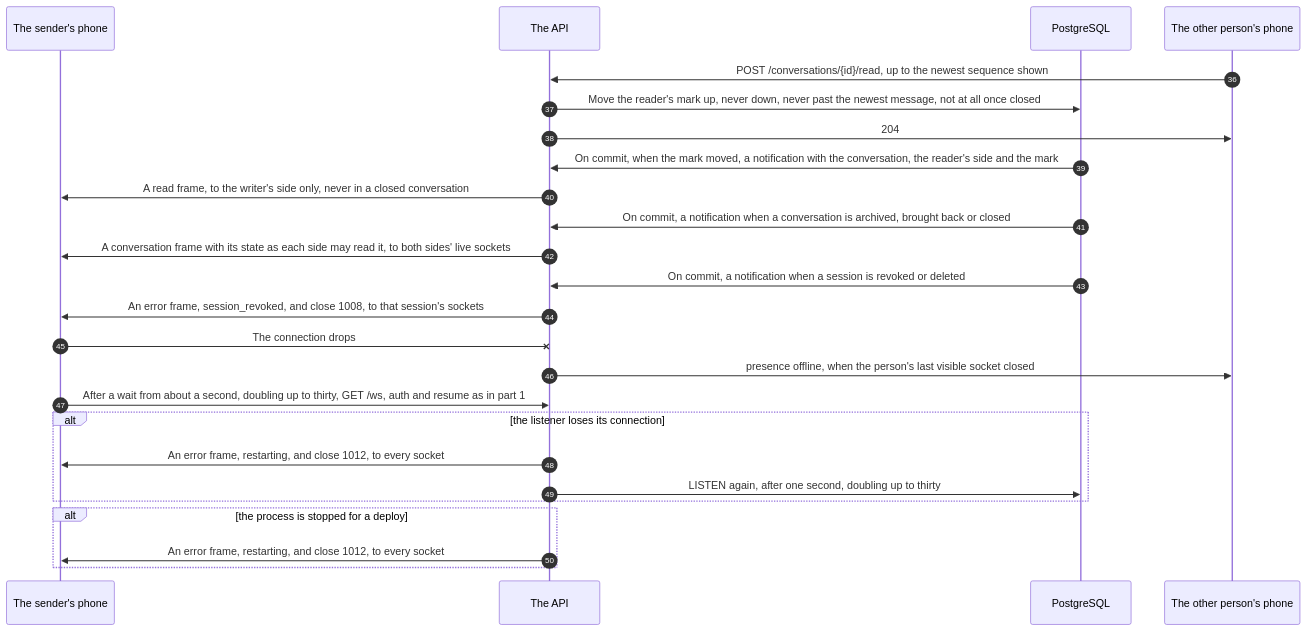
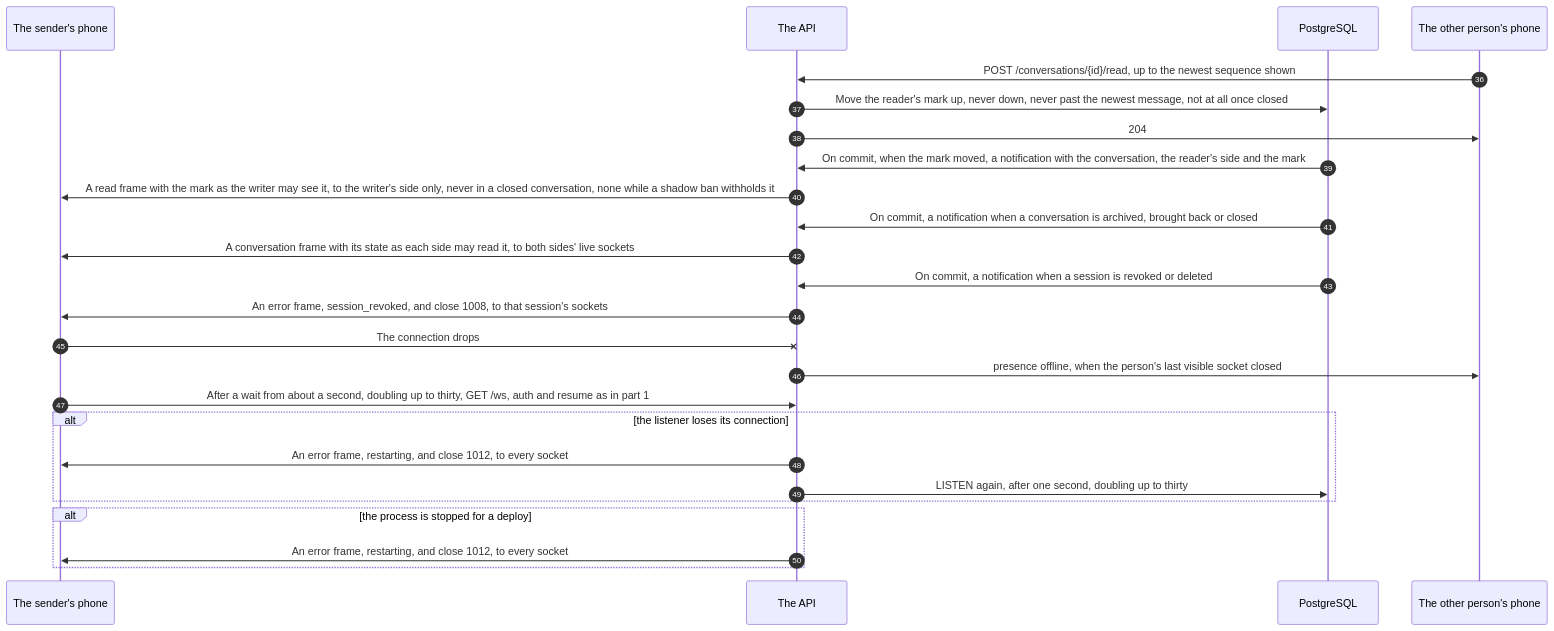
One commit to kuutti-ry/kuutti-app changed the third of 3 diagrams in docs/architecture/sequence-chat.md. Above: the diagram before and after it, drawn with Mermaid. The commit also changed other lines of this file and 23 other files, not shown here.

First line of the commit message:
Withhold a shadow-banned person's read mark from the other side (#470) (#498)

````diff
--- a/docs/architecture/sequence-chat.md
+++ b/docs/architecture/sequence-chat.md
@@ -144,29 +144,29 @@
 ```mermaid
 sequenceDiagram
   accTitle: Chat, part 3: read marks, ends, and a lost connection
-  accDescr: A read mark is sent over HTTP and moves only up. On commit a trigger notifies, and the writer's side gets a read frame. An archive, a return from it or a close sends each side the conversation's state, and an ended session closes its sockets at once. When a phone's connection drops, the other person sees it go offline, and the phone reconnects with a growing wait and resumes from Postgres. A lost listener or a deploy closes every socket with restarting, and the phones resume the same way.
+  accDescr: A read mark is sent over HTTP and moves only up. On commit a trigger notifies, and the writer's side gets a read frame, unless a shadow ban of the reader withholds the mark. An archive, a return from it or a close sends each side the conversation's state, and an ended session closes its sockets at once. When a phone's connection drops, the other person sees it go offline, and the phone reconnects with a growing wait and resumes from Postgres. A lost listener or a deploy closes every socket with restarting, and the phones resume the same way.
   autonumber 36
   participant phone as The sender's phone
   participant api as The API
   participant db as PostgreSQL
   participant other as The other person's phone
   other->>api: POST /conversations/{id}/read, up to the newest sequence shown
   api->>db: Move the reader's mark up, never down, never past the newest message, not at all once closed
   api->>other: 204
   db->>api: On commit, when the mark moved, a notification with the conversation, the reader's side and the mark
-  api->>phone: A read frame, to the writer's side only, never in a closed conversation
+  api->>phone: A read frame with the mark as the writer may see it, to the writer's side only, never in a closed conversation, none while a shadow ban withholds it
   db->>api: On commit, a notification when a conversation is archived, brought back or closed
   api->>phone: A conversation frame with its state as each side may read it, to both sides' live sockets
   db->>api: On commit, a notification when a session is revoked or deleted
   api->>phone: An error frame, session_revoked, and close 1008, to that session's sockets
   phone-xapi: The connection drops
   api->>other: presence offline, when the person's last visible socket closed
   phone->>api: After a wait from about a second, doubling up to thirty, GET /ws, auth and resume as in part 1
   alt the listener loses its connection
     api->>phone: An error frame, restarting, and close 1012, to every socket
     api->>db: LISTEN again, after one second, doubling up to thirty
   end
   alt the process is stopped for a deploy
     api->>phone: An error frame, restarting, and close 1012, to every socket
   end
 ```
````
